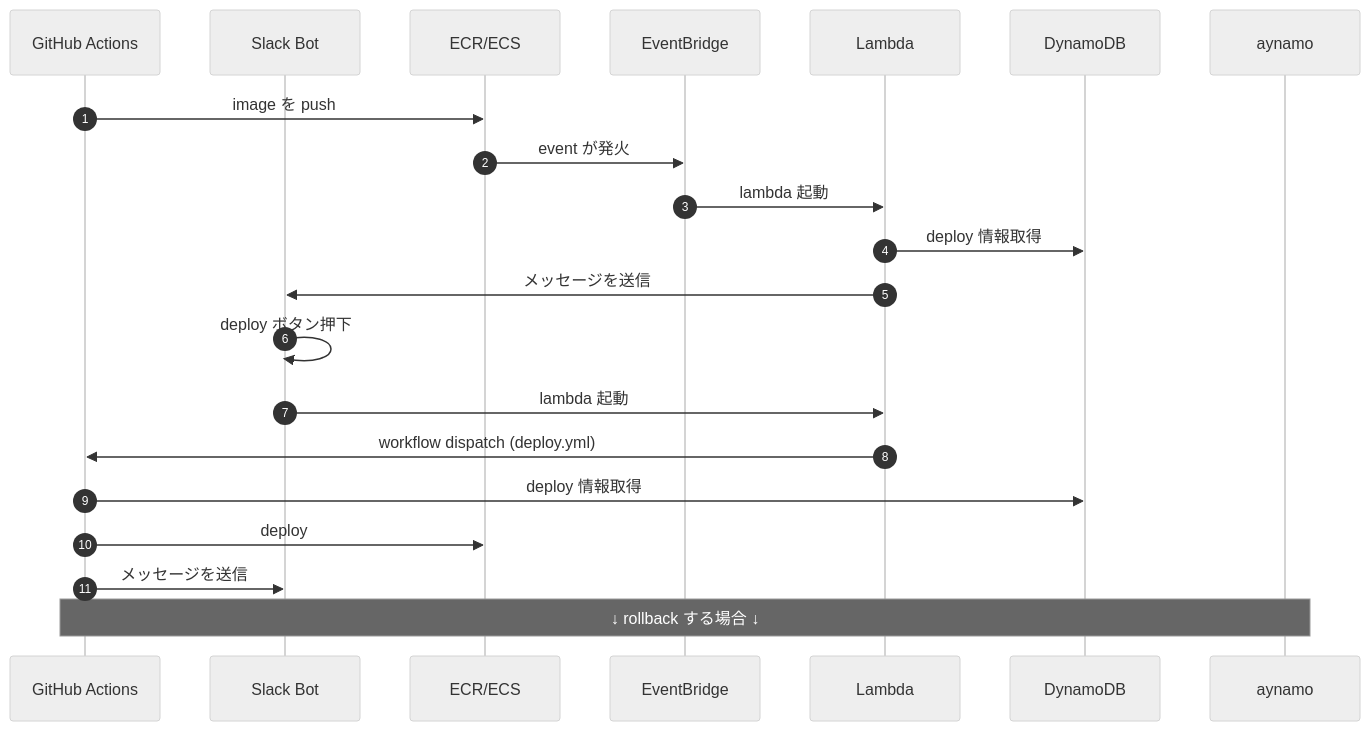
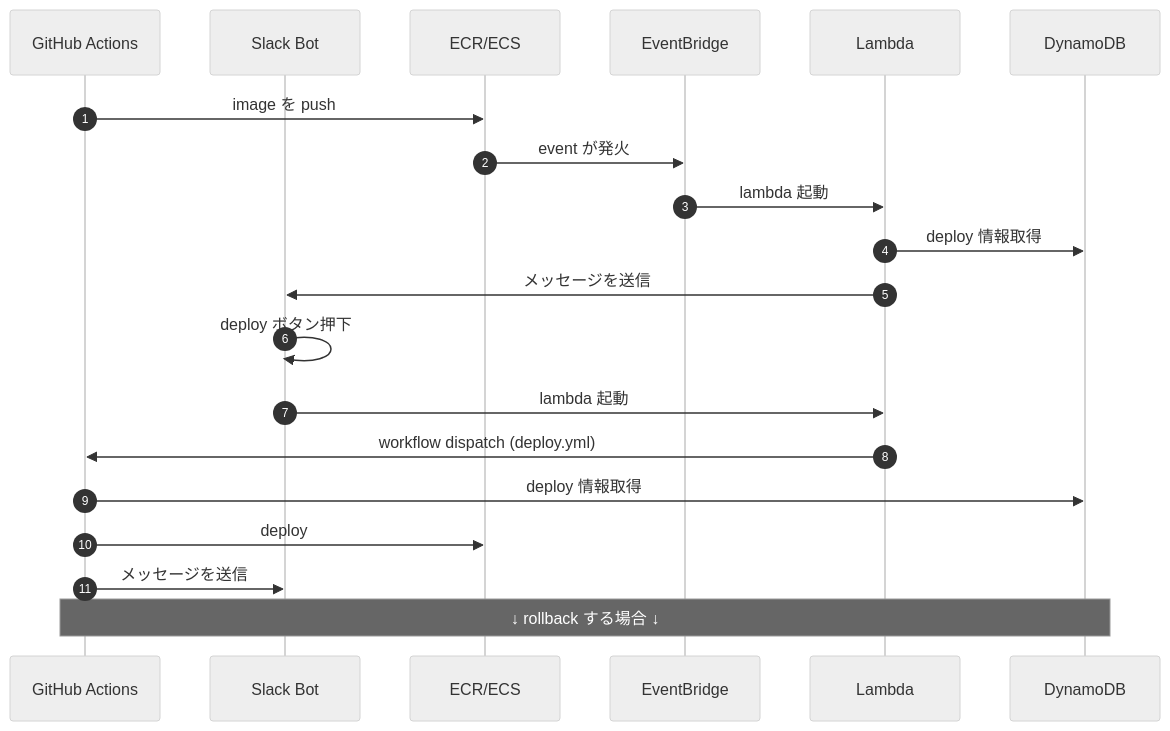
One commit to taroshun32/ecs-deploy-with-slack-confirm changed the diagram in README.md. Above: the diagram before and after it, drawn with Mermaid (neutral theme).

````diff
--- a/README.md
+++ b/README.md
@@ -4,23 +4,23 @@
 ```mermaid
 sequenceDiagram
   participant action as GitHub Actions
   participant slack as Slack Bot
   participant ecs as ECR/ECS
   participant bridge as EventBridge
   participant lambda as Lambda
 
   participant dynamo as DynamoDB
   autonumber
   action->>ecs: image を push
   ecs->>bridge: event が発火
   bridge->>lambda: lambda 起動
   lambda->>dynamo: deploy 情報取得
   lambda->>slack: メッセージを送信
   slack->>slack: deploy ボタン押下
   slack->>lambda: lambda 起動
   lambda->>action: workflow dispatch (deploy.yml)
   action->>dynamo: deploy 情報取得
   action->>ecs: deploy
   action->>slack: メッセージを送信
-  Note over action,aynamo: ↓ rollback する場合 ↓
+  Note over action,dynamo: ↓ rollback する場合 ↓
 ```
````
